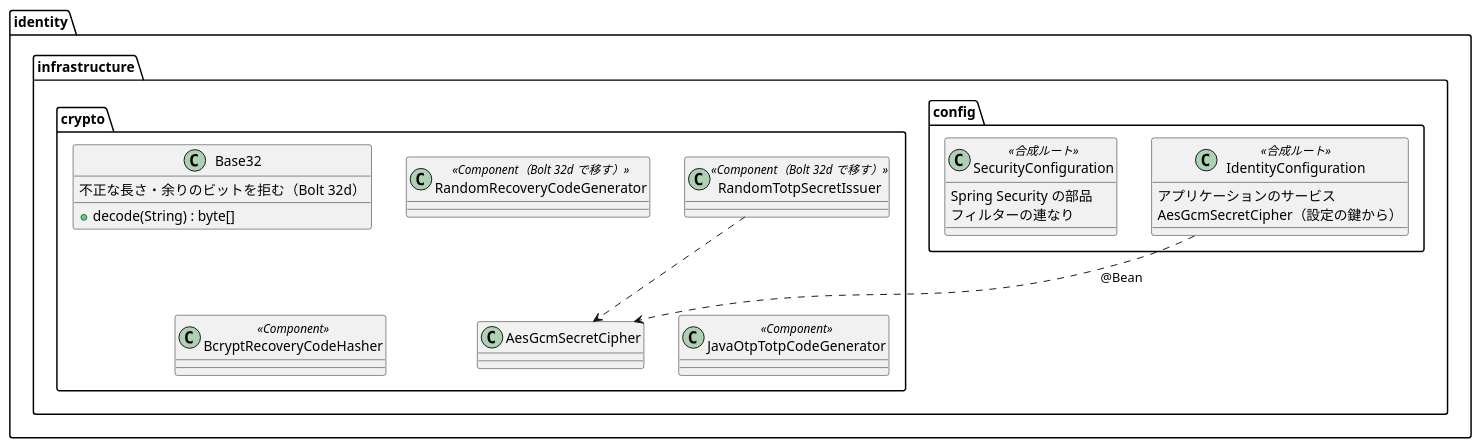
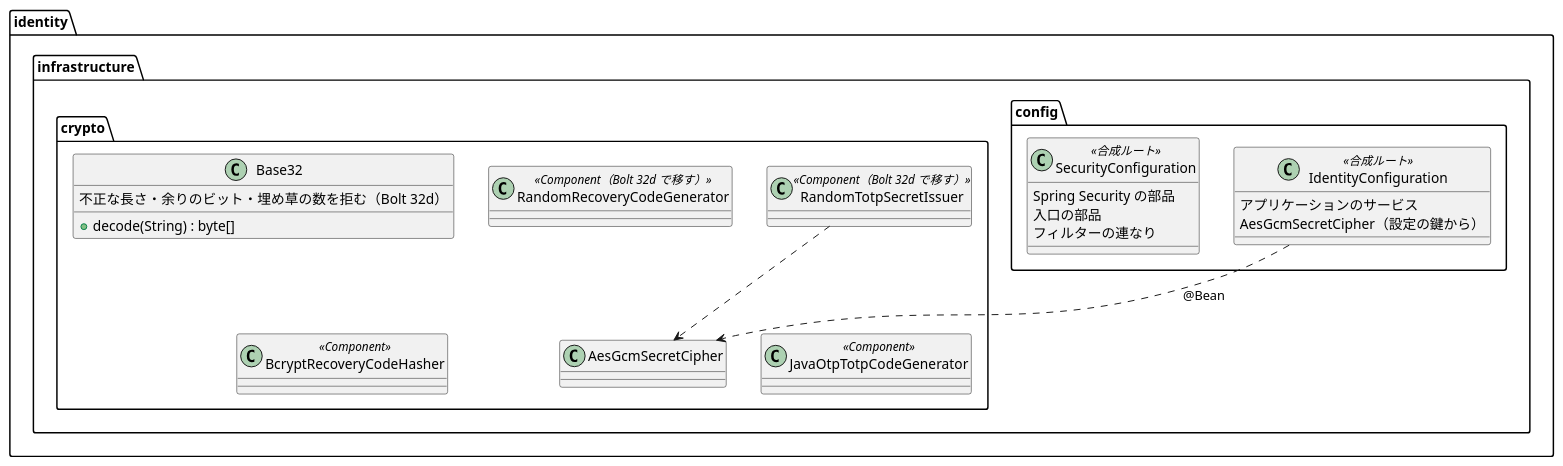
The diagram in docs/development/cargo-tracker/bolt_32d_plan.md (k2works/practical-domain-driven-design-in-enterpris-application), drawn with PlantUML before and after one commit. The commit also changed other lines of this file and 4 other files, not shown here.

````diff
--- a/docs/development/cargo-tracker/bolt_32d_plan.md
+++ b/docs/development/cargo-tracker/bolt_32d_plan.md
@@ -78,27 +98,28 @@
 ```plantuml
 @startuml
 package identity.infrastructure.config {
   class IdentityConfiguration <<合成ルート>> {
     アプリケーションのサービス
     AesGcmSecretCipher（設定の鍵から）
   }
   class SecurityConfiguration <<合成ルート>> {
     Spring Security の部品
+    入口の部品
     フィルターの連なり
   }
 }
 package identity.infrastructure.crypto {
   class AesGcmSecretCipher
   class Base32 {
     +decode(String) : byte[]
-    不正な長さ・余りのビットを拒む（Bolt 32d）
+    不正な長さ・余りのビット・埋め草の数を拒む（Bolt 32d）
   }
   class RandomTotpSecretIssuer <<Component（Bolt 32d で移す）>>
   class RandomRecoveryCodeGenerator <<Component（Bolt 32d で移す）>>
   class BcryptRecoveryCodeHasher <<Component>>
   class JavaOtpTotpCodeGenerator <<Component>>
 }
 IdentityConfiguration ..> AesGcmSecretCipher : @Bean
 RandomTotpSecretIssuer ..> AesGcmSecretCipher
 @enduml
 ```
````
